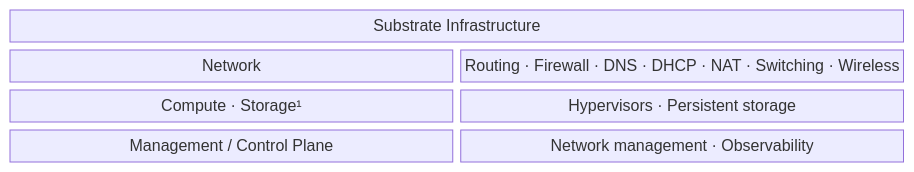
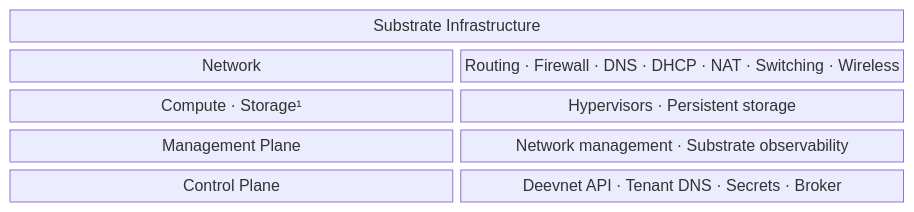
One commit to deevnet/deevnet-docs changed the diagram in content/docs/architecture/substrate/_index.md. Above: the diagram before and after it, drawn with Mermaid. The commit also changed other lines of this file and 22 other files, not shown here.

First line of the commit message:
Architecture section review, and ADR statuses (#108)

```diff
--- a/content/docs/architecture/substrate/_index.md
+++ b/content/docs/architecture/substrate/_index.md
@@ -17,8 +17,9 @@
 {{< mermaid >}}
 block-beta
     columns 2
     hdr["Substrate Infrastructure"]:2
     net["Network"]:1 netd["Routing · Firewall · DNS · DHCP · NAT · Switching · Wireless"]:1
     cmp["Compute · Storage¹"]:1 cmpd["Hypervisors · Persistent storage"]:1
-    mcp["Management / Control Plane"]:1 mcpd["Network management · Observability"]:1
+    mgp["Management Plane"]:1 mgpd["Network management · Substrate observability"]:1
+    ctp["Control Plane"]:1 ctpd["Deevnet API · Tenant DNS · Secrets · Broker"]:1
 {{< /mermaid >}}
```
